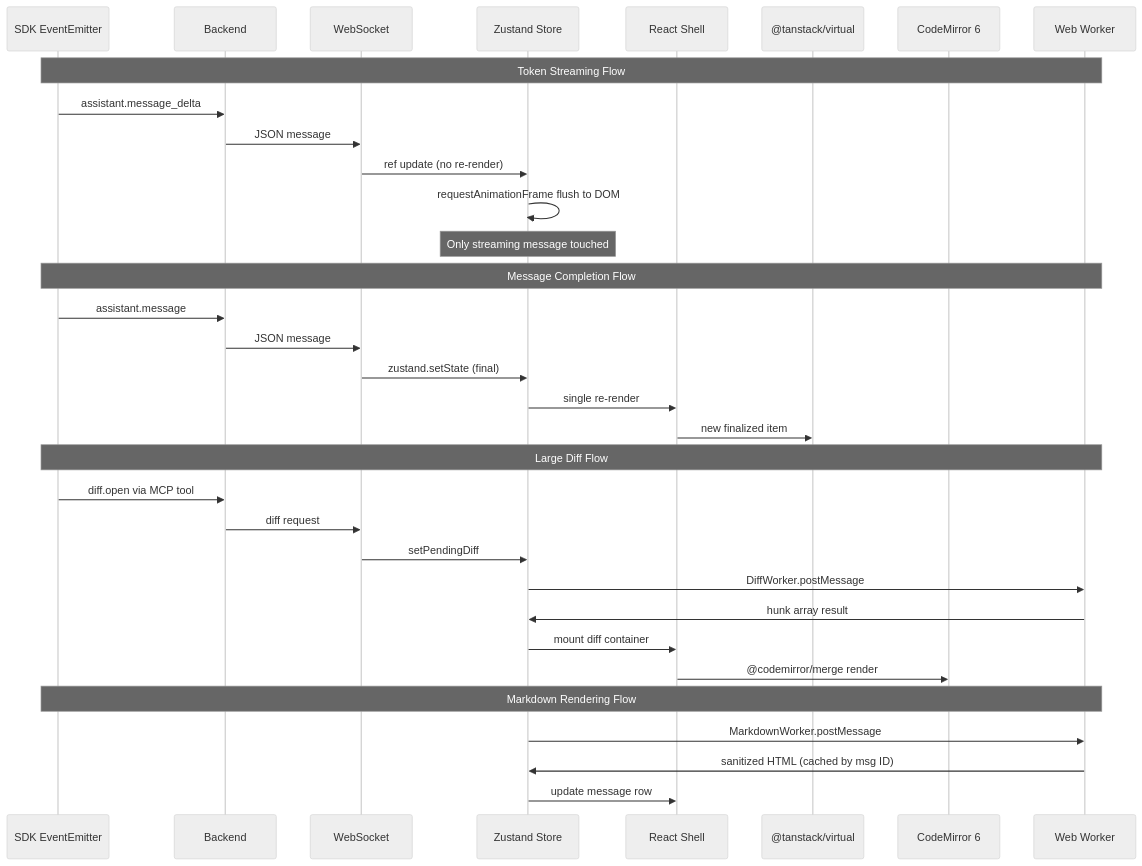
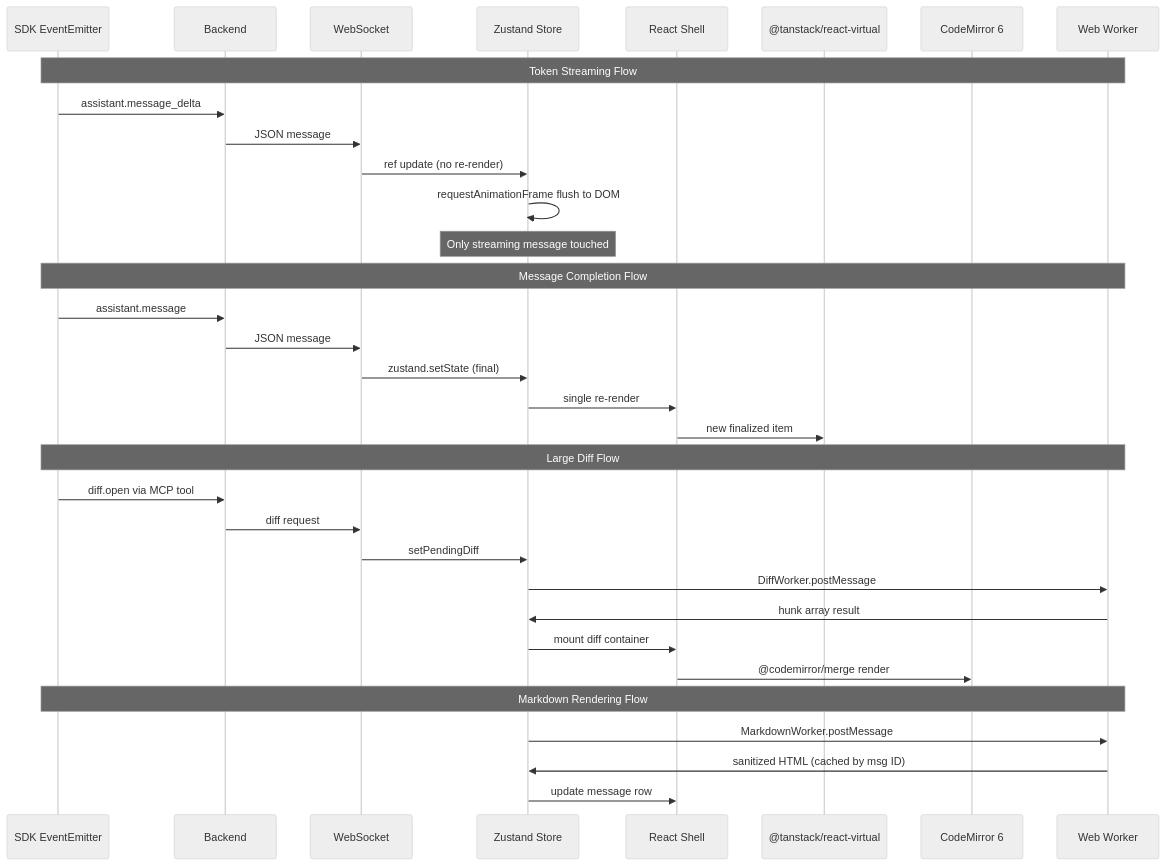
Before and after one commit to ming86/vscode: the sixth of 7 diagrams in .local/docs/copilot-cli-session/08-constraints-and-requirements.md, drawn with Mermaid (neutral theme). The commit also changed other lines of this file and 2 other files, not shown here.

````diff
--- a/.local/docs/copilot-cli-session/08-constraints-and-requirements.md
+++ b/.local/docs/copilot-cli-session/08-constraints-and-requirements.md
@@ -397,39 +397,39 @@
 ```mermaid
 sequenceDiagram
     participant SDK as SDK EventEmitter
     participant BE as Backend
     participant WS as WebSocket
     participant Store as Zustand Store
     participant React as React Shell
-    participant TV as @tanstack/virtual
+    participant TV as @tanstack/react-virtual
     participant CM as CodeMirror 6
     participant Worker as Web Worker
 
     Note over SDK,Worker: Token Streaming Flow
     SDK->>BE: assistant.message_delta
     BE->>WS: JSON message
     WS->>Store: ref update (no re-render)
     Store->>Store: requestAnimationFrame flush to DOM
     Note over Store: Only streaming message touched
 
     Note over SDK,Worker: Message Completion Flow
     SDK->>BE: assistant.message
     BE->>WS: JSON message
     WS->>Store: zustand.setState (final)
     Store->>React: single re-render
     React->>TV: new finalized item
 
     Note over SDK,Worker: Large Diff Flow
     SDK->>BE: diff.open via MCP tool
     BE->>WS: diff request
     WS->>Store: setPendingDiff
     Store->>Worker: DiffWorker.postMessage
     Worker->>Store: hunk array result
     Store->>React: mount diff container
     React->>CM: @codemirror/merge render
 
     Note over SDK,Worker: Markdown Rendering Flow
     Store->>Worker: MarkdownWorker.postMessage
     Worker->>Store: sanitized HTML (cached by msg ID)
     Store->>React: update message row
 ```
````
